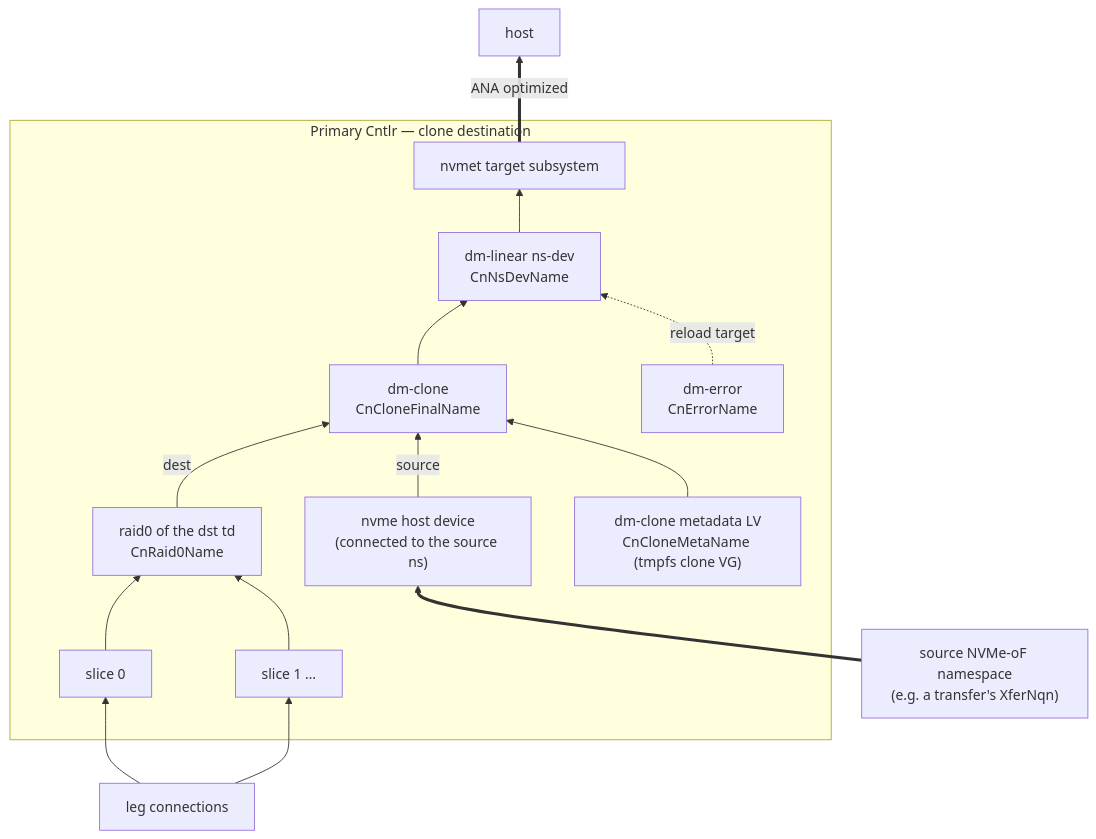
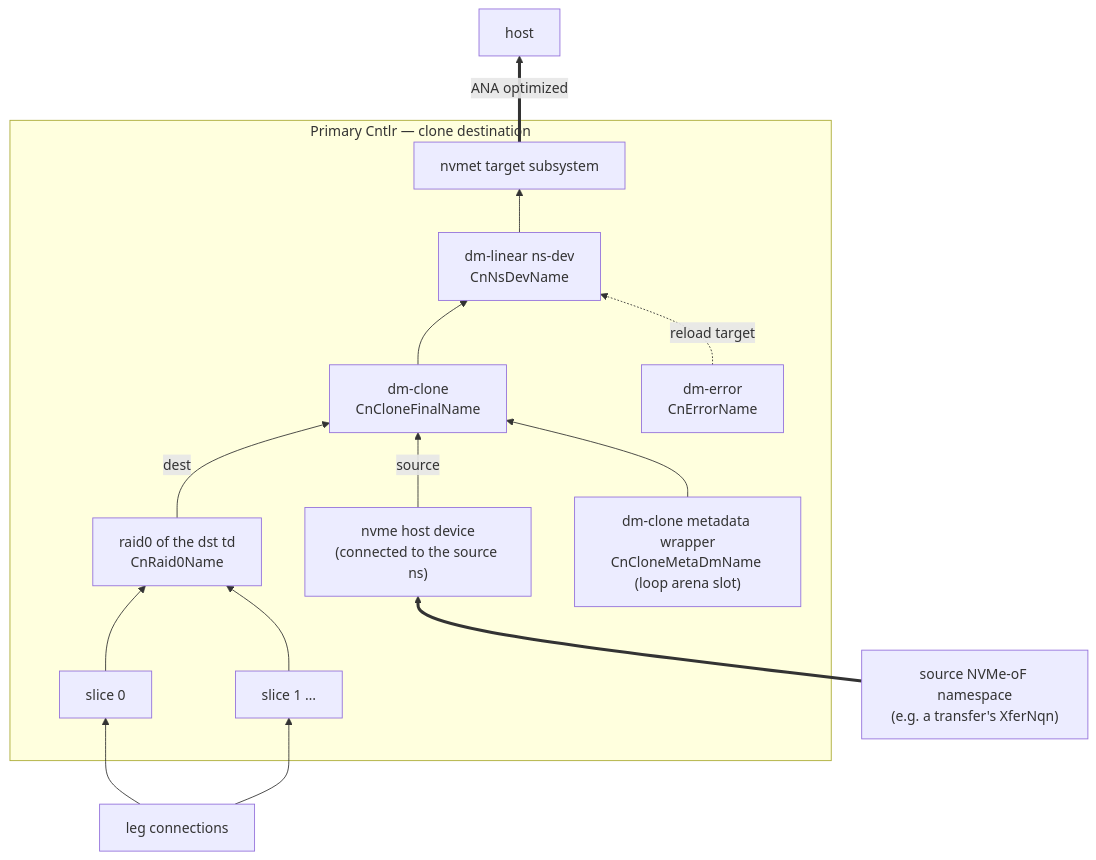
The ninth of 11 diagrams in doc/architecture.md (distributed-nvme/distributed-nvme), drawn with Mermaid before and after one commit. The commit also changed other lines of this file and 71 other files, not shown here.

````diff
--- a/doc/architecture.md
+++ b/doc/architecture.md
@@ -1317,26 +1381,26 @@
 ```mermaid
 flowchart BT
     subgraph pc["Primary Cntlr — clone destination"]
         SL0["slice 0"]
         SL1["slice 1 …"]
         R["raid0 of the dst td<br/>CnRaid0Name"]
-        MLV["dm-clone metadata LV<br/>CnCloneMetaName (tmpfs clone VG)"]
+        MLV["dm-clone metadata wrapper<br/>CnCloneMetaDmName (loop arena slot)"]
         SRC["nvme host device<br/>(connected to the source ns)"]
         DC["dm-clone<br/>CnCloneFinalName"]
         NS["dm-linear ns-dev<br/>CnNsDevName"]
         T["nvmet target subsystem"]
         E["dm-error<br/>CnErrorName"]
         SL0 --> R
         SL1 --> R
         R -->|"dest"| DC
         SRC -->|"source"| DC
         MLV --> DC
         DC --> NS
         NS --> T
         E -.->|"reload target"| NS
     end
     XS["source NVMe-oF namespace<br/>(e.g. a transfer's XferNqn)"] ==> SRC
     T ==>|"ANA optimized"| H["host"]
     G["leg connections"] --> SL0
     G --> SL1
 ```
````
